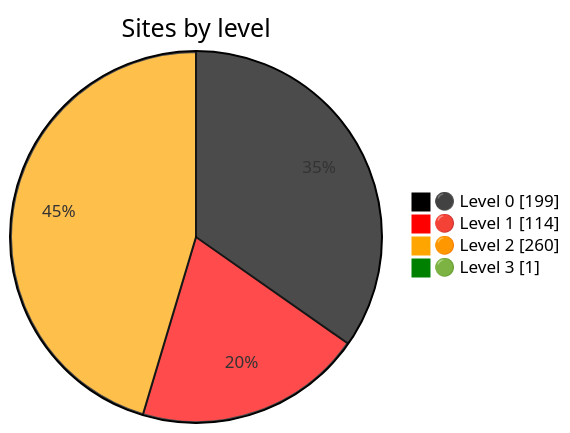
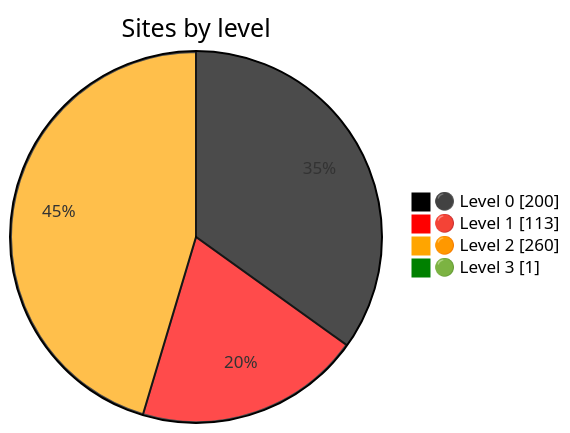
The diagram in README.md (Dushmilan/gov_lk_web_auditor), drawn with Mermaid before and after one commit. The commit also changed other lines of this file and 2563 other files, not shown here.

````diff
--- a/README.md
+++ b/README.md
@@ -24,9 +24,9 @@
 ```mermaid
 %%{init: {"themeVariables":{"pie1":"black","pie2":"red","pie3":"orange","pie4":"green"}}}%%
 pie showData
     title Sites by level
-    "⚫ Level 0" : 199
-    "🔴 Level 1" : 114
+    "⚫ Level 0" : 200
+    "🔴 Level 1" : 113
     "🟠 Level 2" : 260
     "🟢 Level 3" : 1
 ```
````
